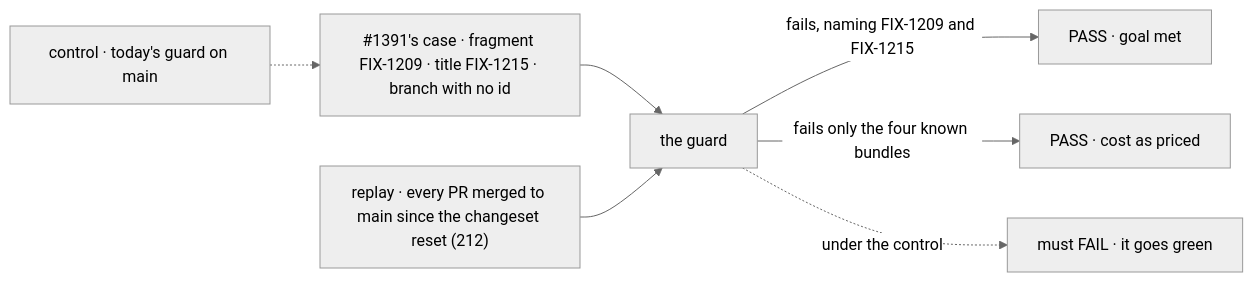
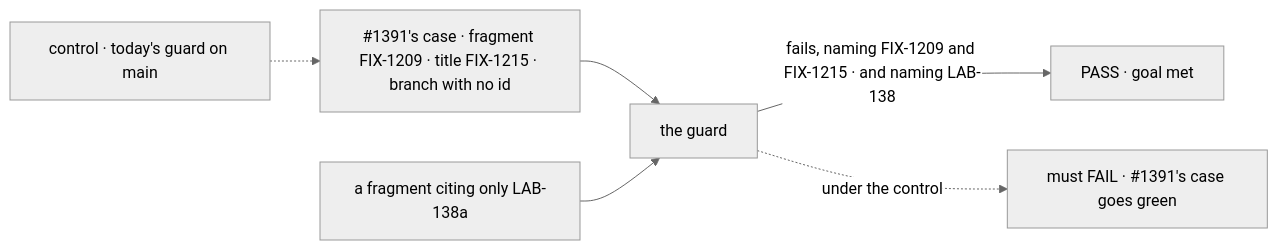
Before and after one commit to fixpoint-labs/flow-state-dev: the diagram in specs/issues/FIX-1532/SPEC.md, drawn with Mermaid (neutral theme). The commit also changed other lines of this file and 4 other files, not shown here.

First line of the commit message:
spec(FIX-1532): re-run on title edits; real two-case baseline; freeze replay

````diff
--- a/specs/issues/FIX-1532/SPEC.md
+++ b/specs/issues/FIX-1532/SPEC.md
@@ -31,9 +31,8 @@
 ```mermaid
 flowchart LR
   A["#1391's case · fragment FIX-1209 · title FIX-1215 · branch with no id"] --> V["the guard"]
-  V -->|"fails, naming FIX-1209 and FIX-1215"| P["PASS · goal met"]
-  R["replay · every PR merged to main since the changeset reset (212)"] --> V
-  V -->|"fails only the four known bundles"| P2["PASS · cost as priced"]
+  S["a fragment citing only LAB-138a"] --> V
+  V -->|"fails, naming FIX-1209 and FIX-1215 · and naming LAB-138"| P["PASS · goal met"]
   C["control · today's guard on main"] -.-> A
-  V -.->|"under the control"| F["must FAIL · it goes green"]
+  V -.->|"under the control"| F["must FAIL · #1391's case goes green"]
 ```
````
